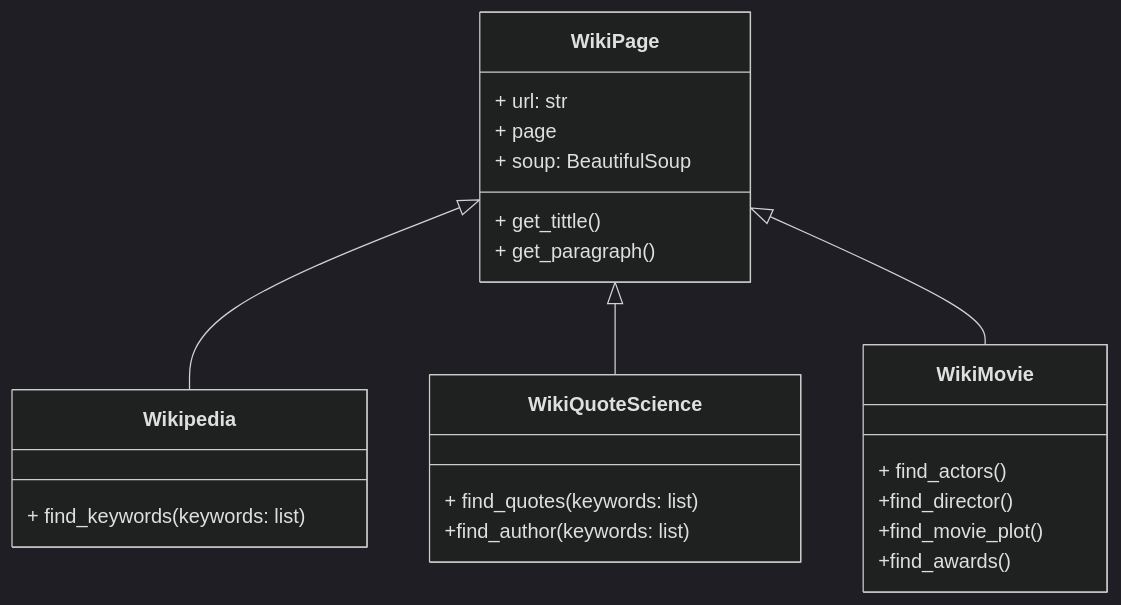
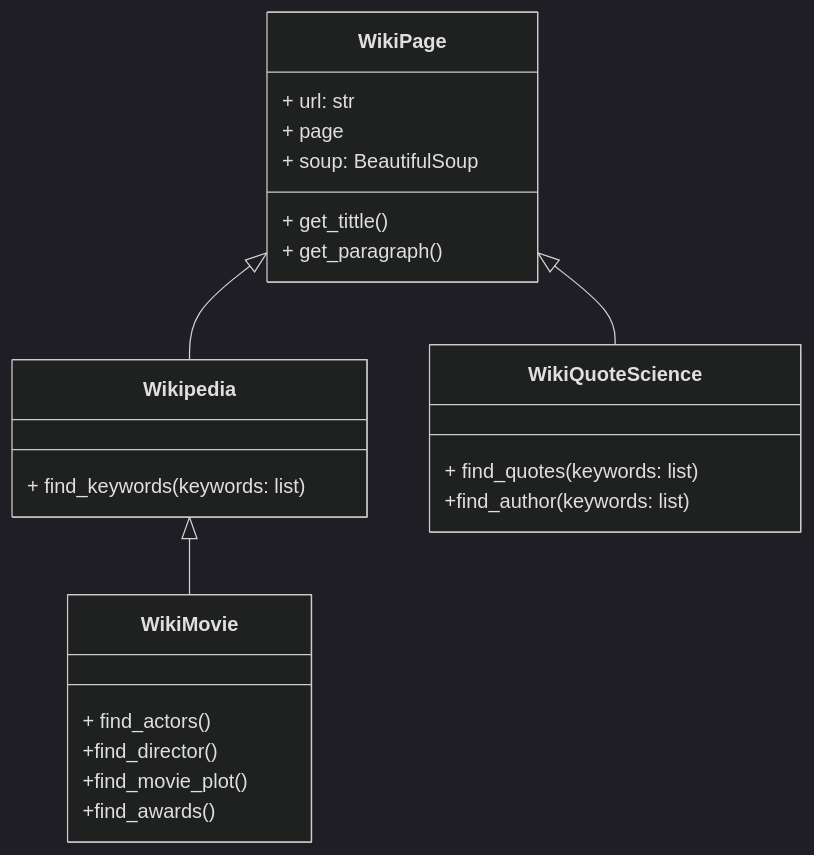
The fourth of 4 diagrams in README.md (Dilanpc/MarketMiner), drawn with Mermaid (dark theme) before and after one commit. The commit also changed other lines of this file, not shown here.

````diff
--- a/README.md
+++ b/README.md
@@ -190,39 +261,39 @@
 ```mermaid
 
 classDiagram
    WikiPage <|-- Wikipedia
    WikiPage <|-- WikiQuoteScience
-   WikiPage <|-- WikiMovie
+   Wikipedia<|-- WikiMovie
     
    
 
    class WikiPage{
         + url: str
         + page
         + soup: BeautifulSoup
 + get_tittle()
 + get_paragraph()
     }
 
     class Wikipedia{
         + find_keywords(keywords: list)
     }
 
     class WikiQuoteScience{
         + find_quotes(keywords: list)
 +find_author(keywords: list)
 
     }
 
    class WikiMovie{
 
 
         + find_actors()
 +find_director()
 +find_movie_plot()
 +find_awards()
 
     }
     
 
 ```
````
